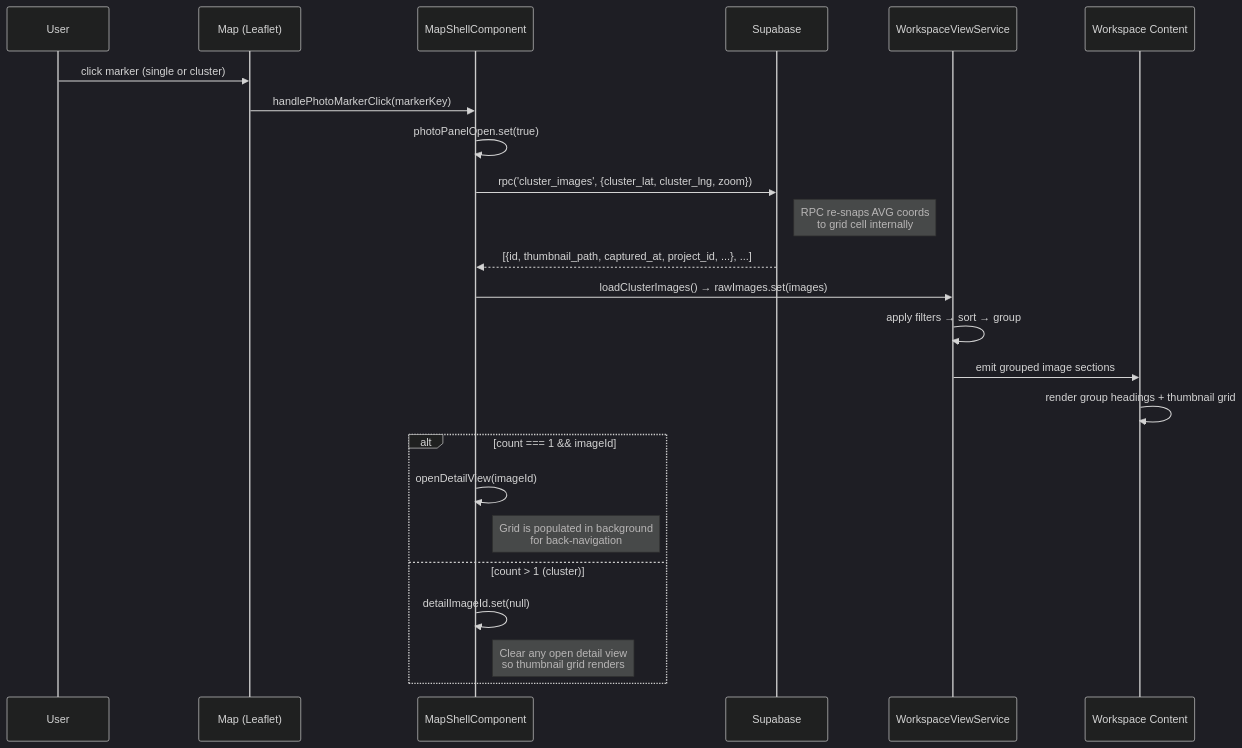
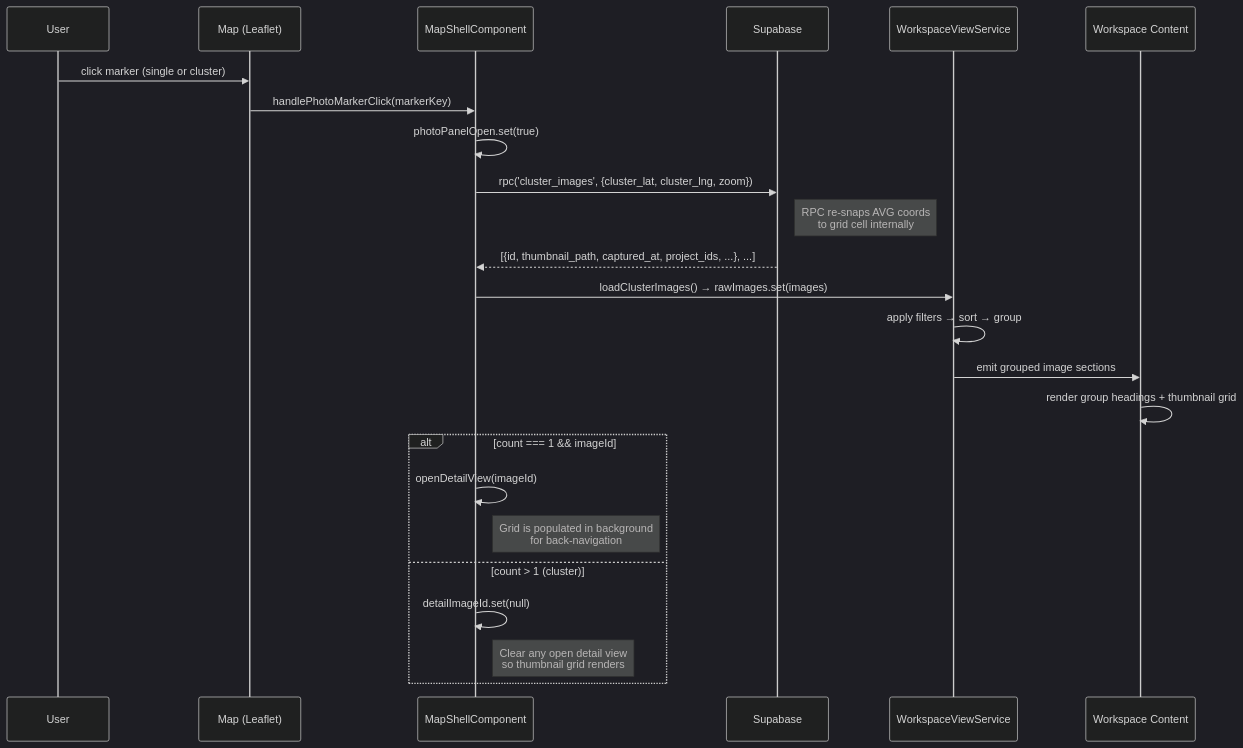
One commit to matkleve/feldpost changed the second of 7 diagrams in docs/element-specs/workspace-view-system.md. Above: the diagram before and after it, drawn with Mermaid (dark theme). The commit also changed other lines of this file and 28 other files, not shown here.

````diff
--- a/docs/element-specs/workspace-view-system.md
+++ b/docs/element-specs/workspace-view-system.md
@@ -128,27 +128,27 @@
 ```mermaid
 sequenceDiagram
     participant U as User
     participant Map as Map (Leaflet)
     participant MS as MapShellComponent
     participant Supa as Supabase
     participant WVS as WorkspaceViewService
     participant WP as Workspace Content
 
     U->>Map: click marker (single or cluster)
     Map->>MS: handlePhotoMarkerClick(markerKey)
     MS->>MS: photoPanelOpen.set(true)
     MS->>Supa: rpc('cluster_images', {cluster_lat, cluster_lng, zoom})
     Note right of Supa: RPC re-snaps AVG coords<br/>to grid cell internally
-    Supa-->>MS: [{id, thumbnail_path, captured_at, project_id, ...}, ...]
+    Supa-->>MS: [{id, thumbnail_path, captured_at, project_ids, ...}, ...]
     MS->>WVS: loadClusterImages() → rawImages.set(images)
     WVS->>WVS: apply filters → sort → group
     WVS->>WP: emit grouped image sections
     WP->>WP: render group headings + thumbnail grid
     alt count === 1 && imageId
         MS->>MS: openDetailView(imageId)
         Note right of MS: Grid is populated in background<br/>for back-navigation
     else count > 1 (cluster)
         MS->>MS: detailImageId.set(null)
         Note right of MS: Clear any open detail view<br/>so thumbnail grid renders
     end
 ```
````
